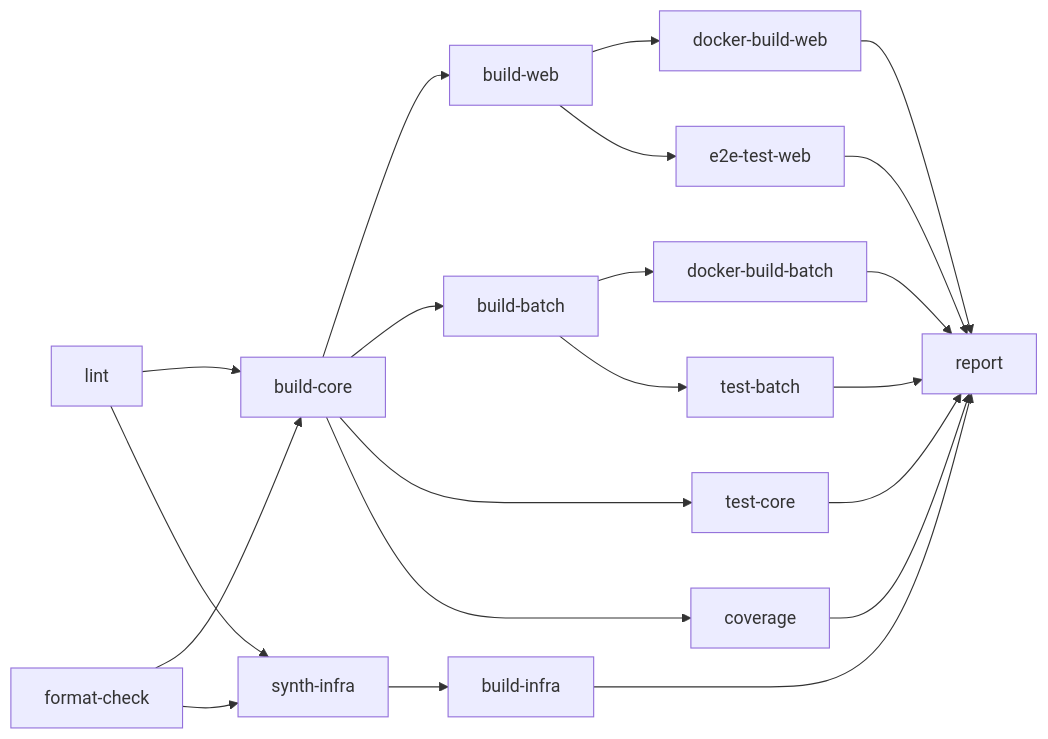
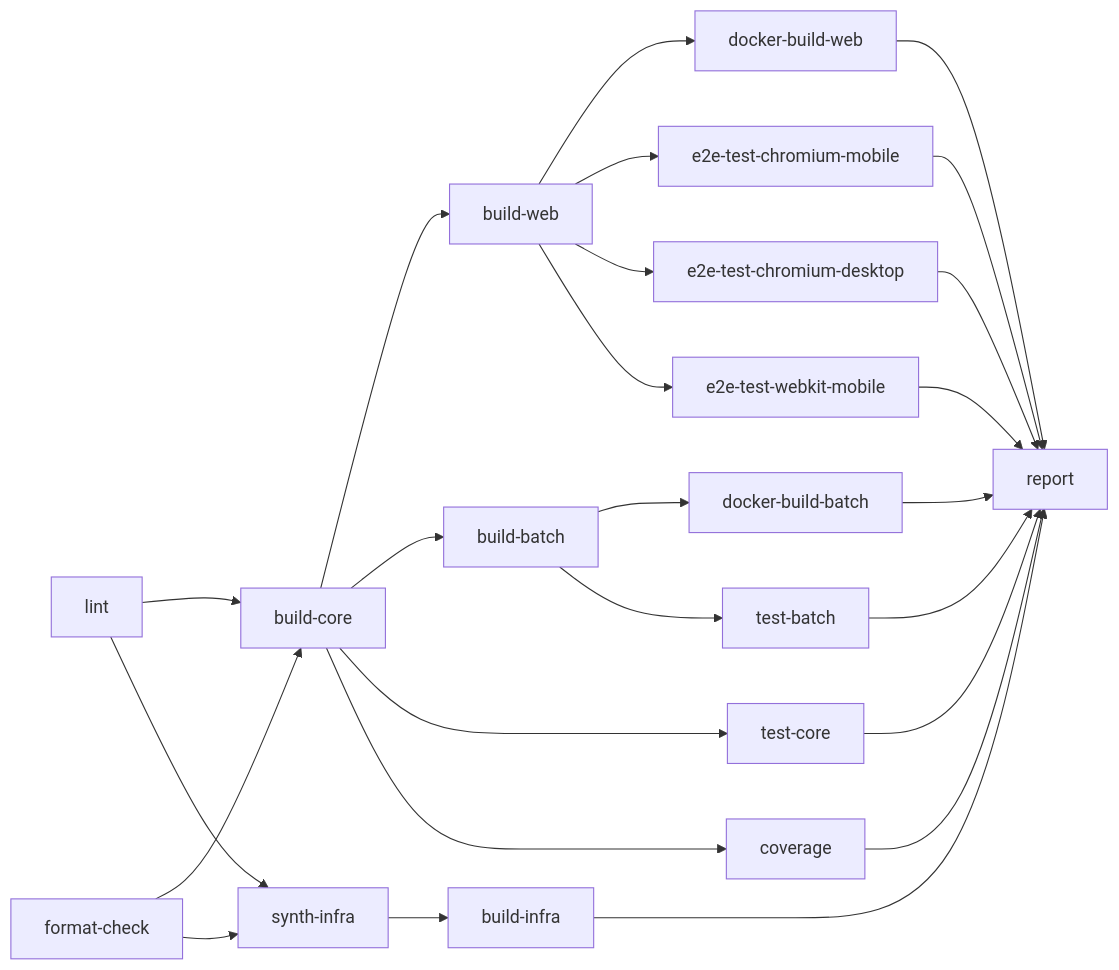
The diagram in docs/development/testing.md (nagiyu/nagiyu-platform), drawn with Mermaid before and after one commit. The commit also changed other lines of this file and 1 other file, not shown here.

````diff
--- a/docs/development/testing.md
+++ b/docs/development/testing.md
@@ -261,41 +259,47 @@
 ```mermaid
 flowchart LR
     lint[lint]
     format[format-check]
     build_core[build-core]
     synth[synth-infra]
     build_web[build-web]
     build_batch[build-batch]
     test_core[test-core]
     coverage[coverage]
     build_infra[build-infra]
     docker_web[docker-build-web]
     docker_batch[docker-build-batch]
     test_batch[test-batch]
-    e2e[e2e-test-web]
+    e2e_cm[e2e-test-chromium-mobile]
+    e2e_cd[e2e-test-chromium-desktop]
+    e2e_wm[e2e-test-webkit-mobile]
     report[report]
 
     lint --> build_core
     format --> build_core
     lint --> synth
     format --> synth
 
     build_core --> build_web
     build_core --> build_batch
     build_core --> test_core
     build_core --> coverage
     synth --> build_infra
 
     build_web --> docker_web
-    build_web --> e2e
+    build_web --> e2e_cm
+    build_web --> e2e_cd
+    build_web --> e2e_wm
     build_batch --> docker_batch
     build_batch --> test_batch
 
     docker_web --> report
     docker_batch --> report
     test_core --> report
     test_batch --> report
     coverage --> report
-    e2e --> report
+    e2e_cm --> report
+    e2e_cd --> report
+    e2e_wm --> report
     build_infra --> report
 ```
````
